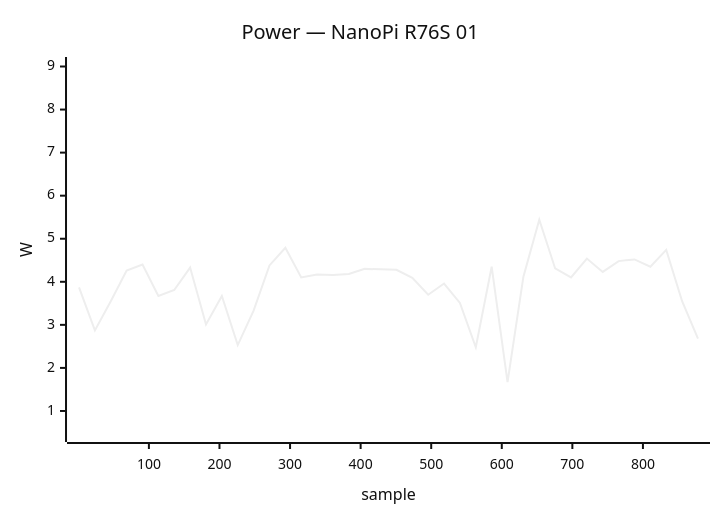
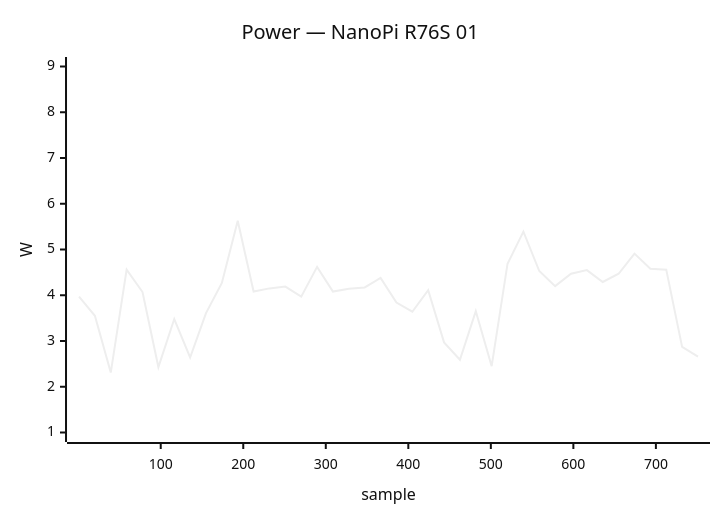
Before and after one commit to armbian/documentation: diagram 21 of 34 in docs/status/board-tests.md, drawn with Mermaid (neutral theme). The commit also changed other lines of this file, not shown here.

````diff
--- a/docs/status/board-tests.md
+++ b/docs/status/board-tests.md
@@ -1056,7 +1085,7 @@
 ```mermaid
 xychart-beta
     title "Power — NanoPi R76S 01"
-    x-axis "sample" 1 --> 878
-    y-axis "W" 0.5 --> 9.0
-    line [3.87, 2.87, 3.55, 4.26, 4.40, 3.67, 3.81, 4.33, 3.01, 3.67, 2.53, 3.33, 4.38, 4.79, 4.10, 4.17, 4.16, 4.18, 4.30, 4.29, 4.28, 4.09, 3.70, 3.96, 3.51, 2.48, 4.35, 1.67, 4.12, 5.44, 4.31, 4.10, 4.54, 4.23, 4.48, 4.52, 4.35, 4.74, 3.55, 2.68]
+    x-axis "sample" 1 --> 751
+    y-axis "W" 1.0 --> 9.0
+    line [3.97, 3.55, 2.31, 4.56, 4.07, 2.43, 3.48, 2.64, 3.61, 4.27, 5.63, 4.08, 4.15, 4.19, 3.97, 4.62, 4.08, 4.14, 4.17, 4.38, 3.84, 3.64, 4.11, 2.97, 2.59, 3.65, 2.45, 4.69, 5.39, 4.53, 4.20, 4.47, 4.55, 4.29, 4.47, 4.91, 4.58, 4.56, 2.87, 2.66]
 ```
````
